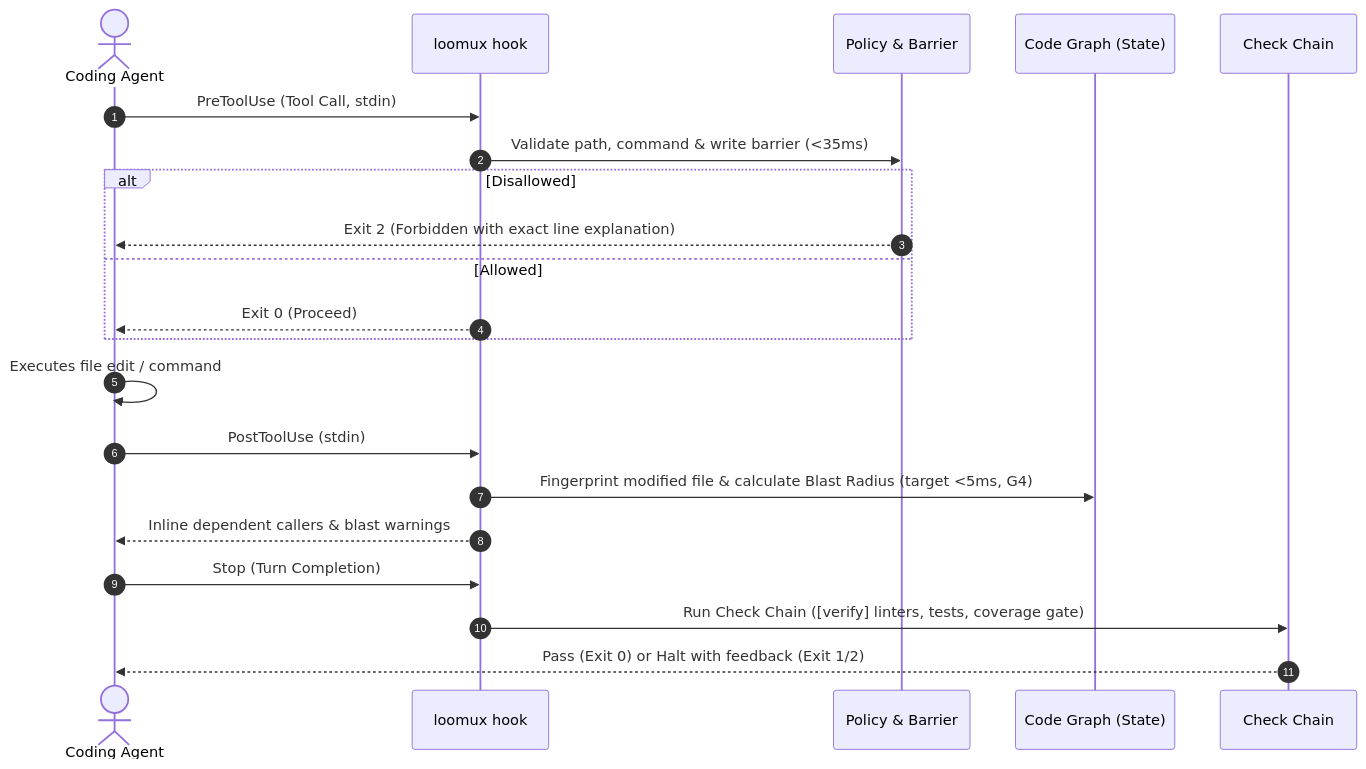
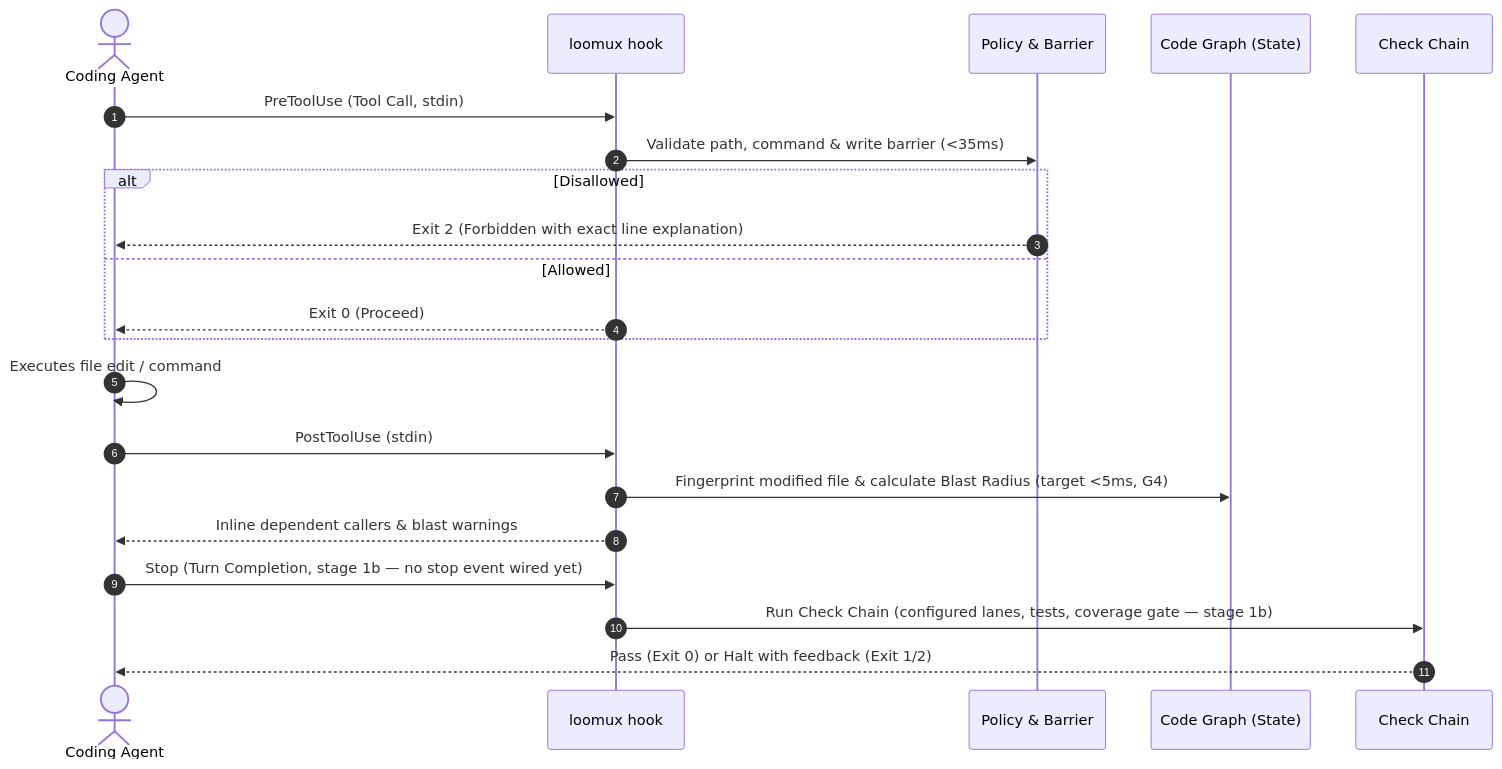
One commit to xidus90/loomux changed the second of 4 diagrams in README.md. Above: the diagram before and after it, drawn with Mermaid. The commit also changed other lines of this file and 3 other files, not shown here.

````diff
--- a/README.md
+++ b/README.md
@@ -46,27 +46,27 @@
 ```mermaid
 sequenceDiagram
     autonumber
     actor Agent as Coding Agent
     participant Hook as loomux hook
     participant Policy as Policy & Barrier
     participant Graph as Code Graph (State)
     participant Verify as Check Chain
 
     Agent->>Hook: PreToolUse (Tool Call, stdin)
     Hook->>Policy: Validate path, command & write barrier (<35ms)
     alt Disallowed
         Policy-->>Agent: Exit 2 (Forbidden with exact line explanation)
     else Allowed
         Hook-->>Agent: Exit 0 (Proceed)
     end
 
     Agent->>Agent: Executes file edit / command
 
     Agent->>Hook: PostToolUse (stdin)
     Hook->>Graph: Fingerprint modified file & calculate Blast Radius (target <5ms, G4)
     Hook-->>Agent: Inline dependent callers & blast warnings
 
-    Agent->>Hook: Stop (Turn Completion)
-    Hook->>Verify: Run Check Chain ([verify] linters, tests, coverage gate)
+    Agent->>Hook: Stop (Turn Completion, stage 1b — no stop event wired yet)
+    Hook->>Verify: Run Check Chain (configured lanes, tests, coverage gate — stage 1b)
     Verify-->>Agent: Pass (Exit 0) or Halt with feedback (Exit 1/2)
 ```
````
